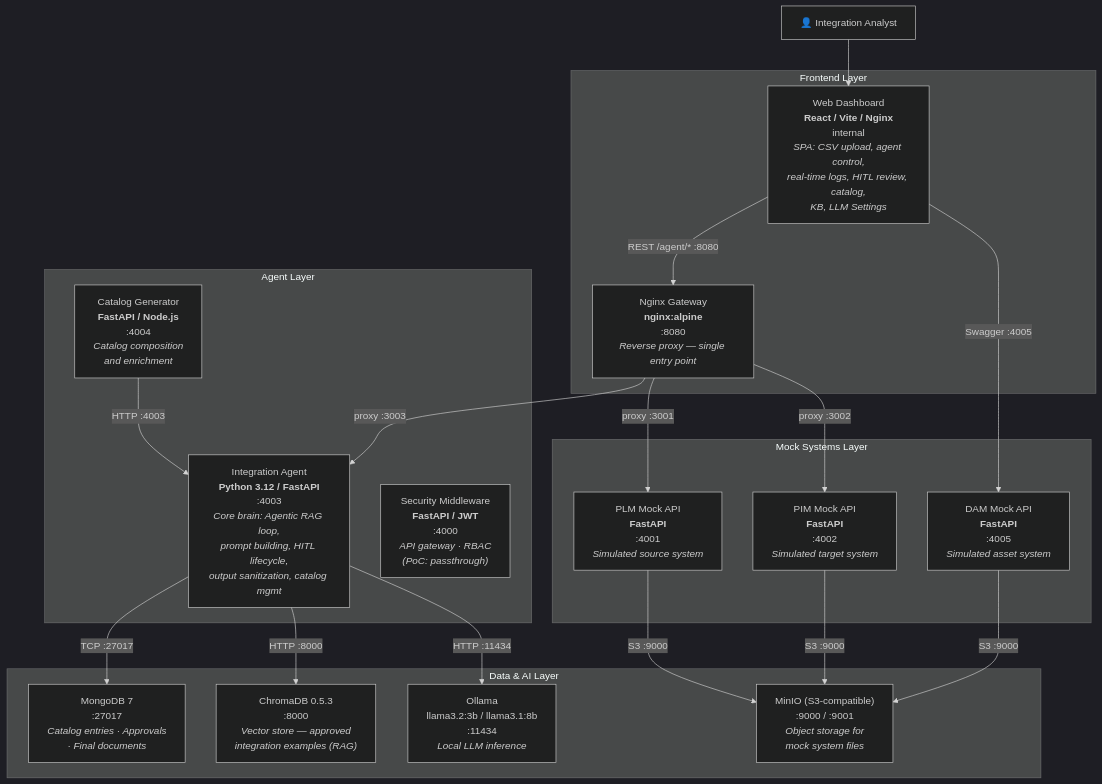
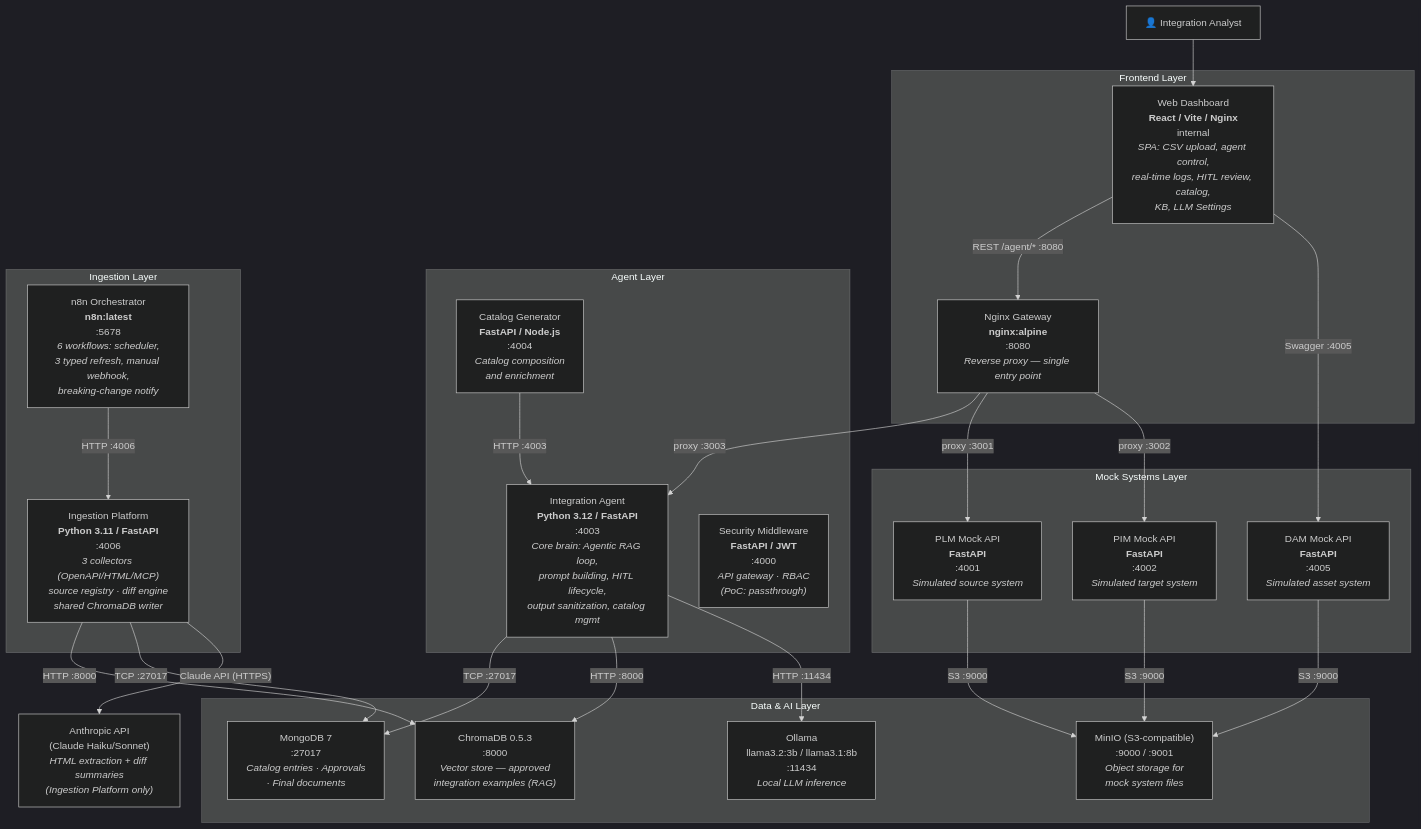
One commit to emigritti/mate-poc changed the second of 23 diagrams in docs/architecture_specification.md. Above: the diagram before and after it, drawn with Mermaid (dark theme). The commit also changed other lines of this file and 51 other files, not shown here.

First line of the commit message:
feat(ingestion): Phase 5 — Multi-Source Ingestion Platform + batch KB upload (ADR-036/037)

````diff
--- a/docs/architecture_specification.md
+++ b/docs/architecture_specification.md
@@ -146,42 +148,51 @@
 ```mermaid
 graph TB
     analyst["👤 Integration Analyst"]
 
     subgraph frontend["Frontend Layer"]
         gateway["Nginx Gateway<br/><b>nginx:alpine</b><br/>:8080<br/><i>Reverse proxy — single entry point</i>"]
         dashboard["Web Dashboard<br/><b>React / Vite / Nginx</b><br/>internal<br/><i>SPA: CSV upload, agent control,<br/>real-time logs, HITL review, catalog,<br/>KB, LLM Settings</i>"]
     end
 
     subgraph agent_layer["Agent Layer"]
         agent["Integration Agent<br/><b>Python 3.12 / FastAPI</b><br/>:4003<br/><i>Core brain: Agentic RAG loop,<br/>prompt building, HITL lifecycle,<br/>output sanitization, catalog mgmt</i>"]
         catalog_gen["Catalog Generator<br/><b>FastAPI / Node.js</b><br/>:4004<br/><i>Catalog composition<br/>and enrichment</i>"]
         security_mw["Security Middleware<br/><b>FastAPI / JWT</b><br/>:4000<br/><i>API gateway · RBAC<br/>(PoC: passthrough)</i>"]
     end
 
     subgraph data_layer["Data & AI Layer"]
         mongo["MongoDB 7<br/>:27017<br/><i>Catalog entries · Approvals<br/>· Final documents</i>"]
         chroma["ChromaDB 0.5.3<br/>:8000<br/><i>Vector store — approved<br/>integration examples (RAG)</i>"]
         ollama["Ollama<br/>llama3.2:3b / llama3.1:8b<br/>:11434<br/><i>Local LLM inference</i>"]
         minio["MinIO (S3-compatible)<br/>:9000 / :9001<br/><i>Object storage for<br/>mock system files</i>"]
     end
 
+    subgraph ingestion_layer["Ingestion Layer"]
+        ingestion["Ingestion Platform<br/><b>Python 3.11 / FastAPI</b><br/>:4006<br/><i>3 collectors (OpenAPI/HTML/MCP)<br/>source registry · diff engine<br/>shared ChromaDB writer</i>"]
+        n8n["n8n Orchestrator<br/><b>n8n:latest</b><br/>:5678<br/><i>6 workflows: scheduler,<br/>3 typed refresh, manual webhook,<br/>breaking-change notify</i>"]
+    end
+
     subgraph mock_layer["Mock Systems Layer"]
         plm["PLM Mock API<br/><b>FastAPI</b><br/>:4001<br/><i>Simulated source system</i>"]
         pim["PIM Mock API<br/><b>FastAPI</b><br/>:4002<br/><i>Simulated target system</i>"]
         dam["DAM Mock API<br/><b>FastAPI</b><br/>:4005<br/><i>Simulated asset system</i>"]
     end
 
     analyst --> dashboard
     dashboard -- "REST /agent/* :8080" --> gateway
     gateway -- "proxy :3003" --> agent
     agent -- "TCP :27017" --> mongo
     agent -- "HTTP :8000" --> chroma
     agent -- "HTTP :11434" --> ollama
     gateway -- "proxy :3001" --> plm
     gateway -- "proxy :3002" --> pim
     dashboard -- "Swagger :4005" --> dam
     plm -- "S3 :9000" --> minio
     pim -- "S3 :9000" --> minio
     dam -- "S3 :9000" --> minio
     catalog_gen -- "HTTP :4003" --> agent
+    n8n -- "HTTP :4006" --> ingestion
+    ingestion -- "HTTP :8000" --> chroma
+    ingestion -- "TCP :27017" --> mongo
+    ingestion -- "Claude API (HTTPS)" --> anthropic["Anthropic API<br/>(Claude Haiku/Sonnet)<br/><i>HTML extraction + diff summaries<br/>(Ingestion Platform only)</i>"]
 ```
````
